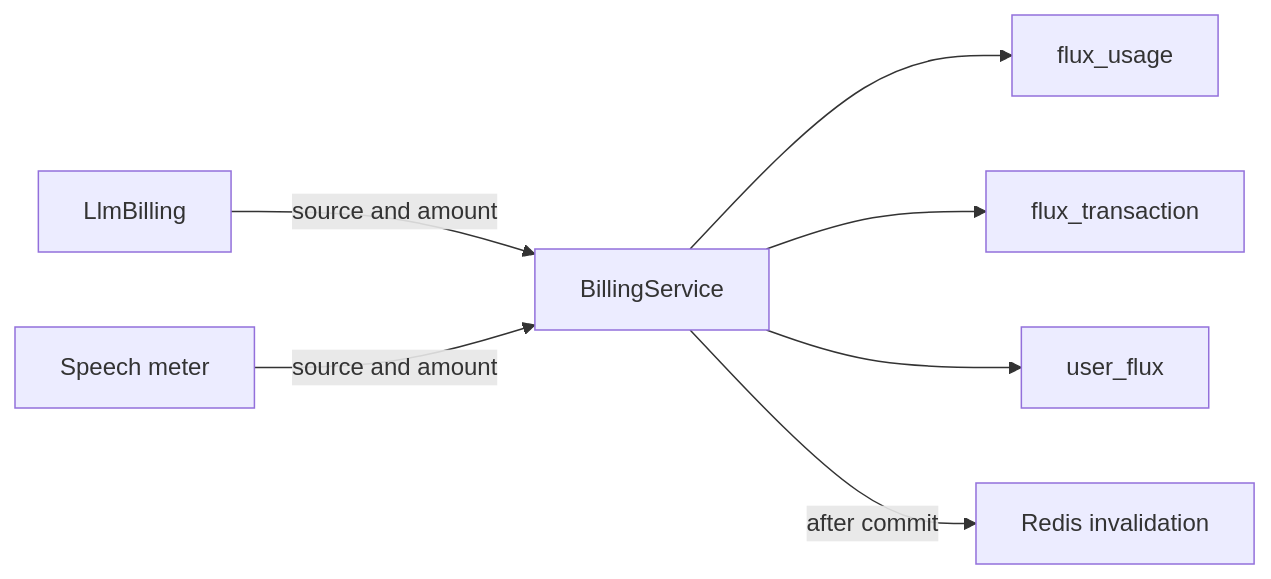
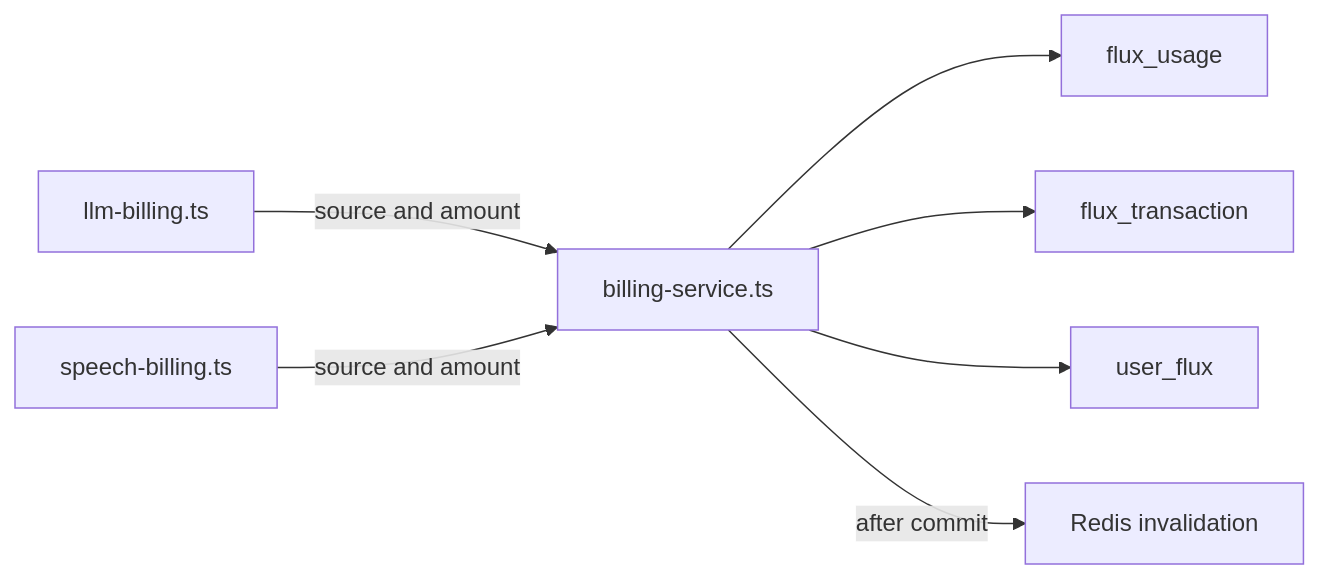
One commit to moeru-ai/airi changed the first of 2 diagrams in server/docs/ai/adr/2026-10-04-flux-usage.md. Above: the diagram before and after it, drawn with Mermaid. The commit also changed other lines of this file and 15 other files, not shown here.

````diff
--- a/server/docs/ai/adr/2026-10-04-flux-usage.md
+++ b/server/docs/ai/adr/2026-10-04-flux-usage.md
@@ -64,9 +64,9 @@
 ```mermaid
 flowchart LR
-  LLM[LlmBilling] -->|source and amount| Billing[BillingService]
-  Speech[Speech meter] -->|source and amount| Billing
+  LLM[llm-billing.ts] -->|source and amount| Billing[billing-service.ts]
+  Speech[speech-billing.ts] -->|source and amount| Billing
   Billing --> Usage[flux_usage]
   Billing --> Ledger[flux_transaction]
-  Billing --> Wallet[user_flux]
+  Billing --> WalletRow[user_flux]
   Billing -->|after commit| Cache[Redis invalidation]
 ```
````
